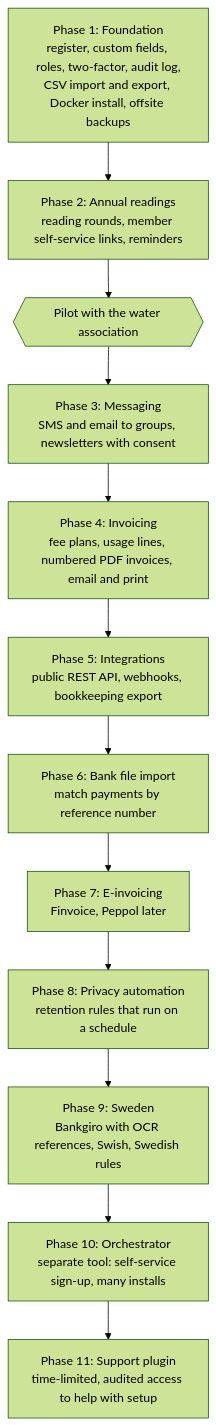
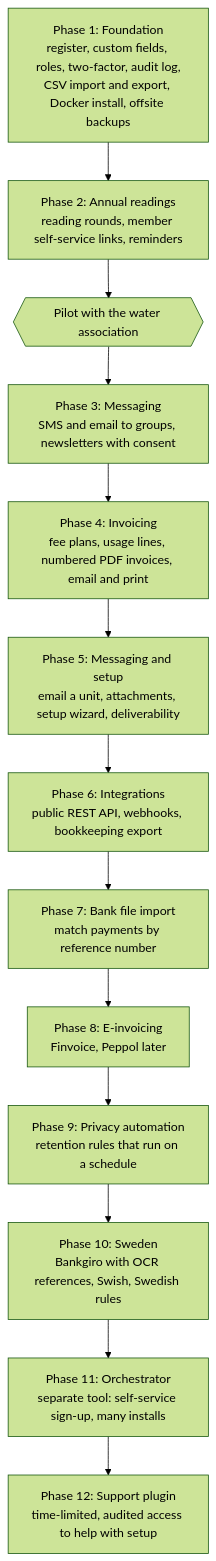
One commit to savv3/Metra changed the second of 2 diagrams in docs/architecture.md. Above: the diagram before and after it, drawn with Mermaid (forest theme). The commit also changed other lines of this file, not shown here.

First line of the commit message:
Add phase 5, messaging and setup, and renumber the later phases

````diff
--- a/docs/architecture.md
+++ b/docs/architecture.md
@@ -155,16 +155,17 @@
 ```mermaid
 flowchart TD
     p1[Phase 1: Foundation<br/>register, custom fields, roles, two-factor, audit log,<br/>CSV import and export, Docker install, offsite backups]
     p2[Phase 2: Annual readings<br/>reading rounds, member self-service links, reminders]
     gate{{Pilot with the water association}}
     p3[Phase 3: Messaging<br/>SMS and email to groups, newsletters with consent]
     p4[Phase 4: Invoicing<br/>fee plans, usage lines, numbered PDF invoices, email and print]
-    p5[Phase 5: Integrations<br/>public REST API, webhooks, bookkeeping export]
-    p6[Phase 6: Bank file import<br/>match payments by reference number]
-    p7[Phase 7: E-invoicing<br/>Finvoice, Peppol later]
-    p8[Phase 8: Privacy automation<br/>retention rules that run on a schedule]
-    p9[Phase 9: Sweden<br/>Bankgiro with OCR references, Swish, Swedish rules]
-    p10[Phase 10: Orchestrator<br/>separate tool: self-service sign-up, many installs]
-    p11[Phase 11: Support plugin<br/>time-limited, audited access to help with setup]
-    p1 --> p2 --> gate --> p3 --> p4 --> p5 --> p6 --> p7 --> p8 --> p9 --> p10 --> p11
+    p5[Phase 5: Messaging and setup<br/>email a unit, attachments, setup wizard, deliverability]
+    p6[Phase 6: Integrations<br/>public REST API, webhooks, bookkeeping export]
+    p7[Phase 7: Bank file import<br/>match payments by reference number]
+    p8[Phase 8: E-invoicing<br/>Finvoice, Peppol later]
+    p9[Phase 9: Privacy automation<br/>retention rules that run on a schedule]
+    p10[Phase 10: Sweden<br/>Bankgiro with OCR references, Swish, Swedish rules]
+    p11[Phase 11: Orchestrator<br/>separate tool: self-service sign-up, many installs]
+    p12[Phase 12: Support plugin<br/>time-limited, audited access to help with setup]
+    p1 --> p2 --> gate --> p3 --> p4 --> p5 --> p6 --> p7 --> p8 --> p9 --> p10 --> p11 --> p12
 ```
````
